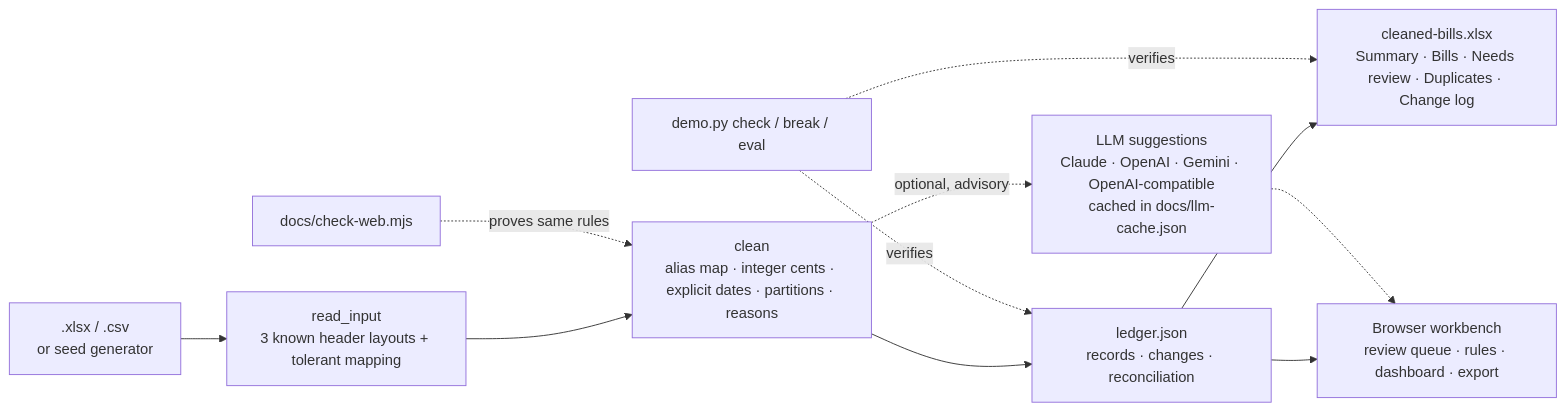
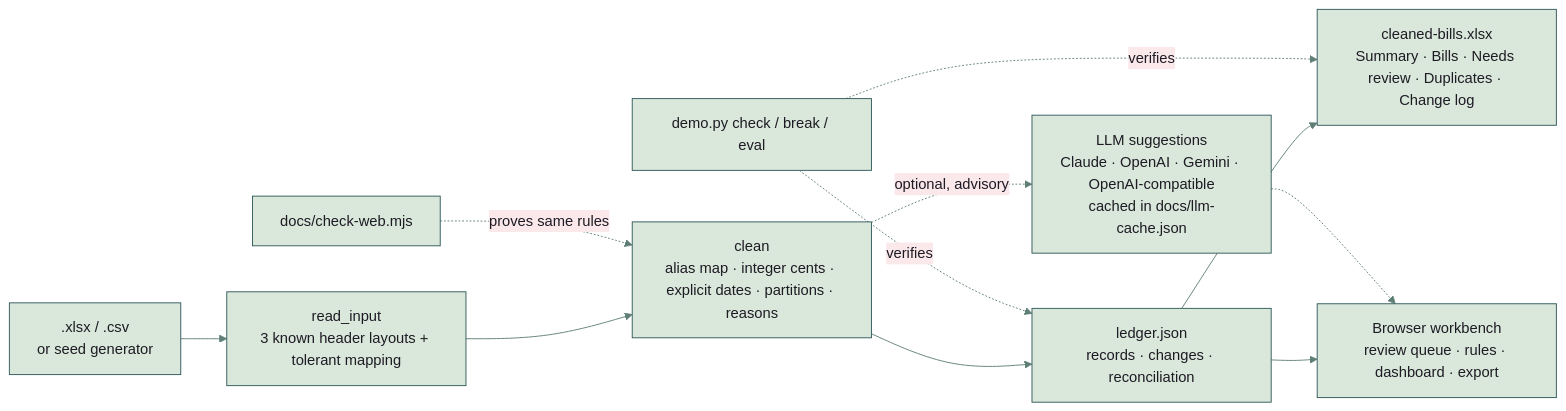
The diagram in README.md (NickkkLian/bill-categoriser), drawn with Mermaid before and after one commit. The commit also changed other lines of this file, not shown here.

First line of the commit message:
README: the diagram and the build badge in the project's colours

````diff
--- a/README.md
+++ b/README.md
@@ -50,13 +50,14 @@
 ```mermaid
+%%{init: {"theme": "base", "themeVariables": {"darkMode": false, "fontFamily": "Inter, BlinkMacSystemFont, Segoe UI, Helvetica Neue, Helvetica, Arial", "primaryColor": "#dae7db", "mainBkg": "#dae7db", "primaryTextColor": "#1d1b24", "nodeTextColor": "#1d1b24", "textColor": "#1d1b24", "primaryBorderColor": "#2f5859", "nodeBorder": "#2f5859", "secondaryColor": "#fae8eb", "tertiaryColor": "#f7e9e8", "lineColor": "#5f7f76", "arrowheadColor": "#5f7f76", "defaultLinkColor": "#5f7f76", "edgeLabelBackground": "#fae8eb", "clusterBkg": "#f7e9e8", "clusterBorder": "#a8707a", "titleColor": "#7d2d44"}}}%%
 flowchart LR
   A[".xlsx / .csv<br/>or seed generator"] --> B["read_input<br/>3 known header layouts + tolerant mapping"]
   B --> C["clean<br/>alias map · integer cents · explicit dates · partitions · reasons"]
   C --> D["ledger.json<br/>records · changes · reconciliation"]
   D --> E["cleaned-bills.xlsx<br/>Summary · Bills · Needs review · Duplicates · Change log"]
   D --> F["Browser workbench<br/>review queue · rules · dashboard · export"]
   C -. optional, advisory .-> G["LLM suggestions<br/>Claude · OpenAI · Gemini · OpenAI-compatible<br/>cached in docs/llm-cache.json"]
   G -.-> F
   H["demo.py check / break / eval"] -. verifies .-> D
   H -. verifies .-> E
   I["docs/check-web.mjs"] -. proves same rules .-> C
 ```
````
